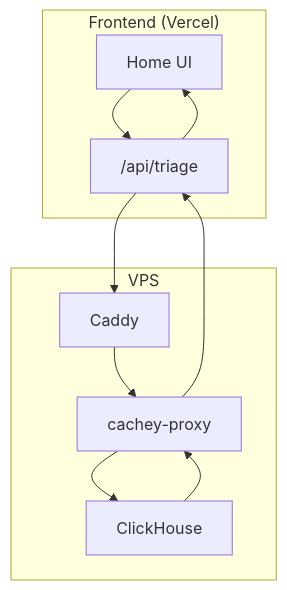
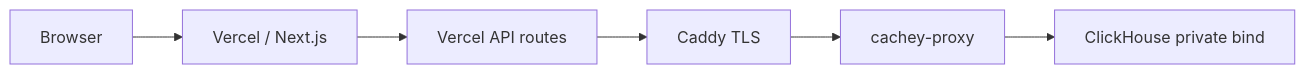
One commit to kganigap-291992/cdn-triage-bot changed the second of 2 diagrams in README.md. Above: the diagram before and after it, drawn with Mermaid. The commit also changed other lines of this file, not shown here.

Commit message:
Redesign Cachey README

````diff
--- a/README.md
+++ b/README.md
@@ -247,21 +102,8 @@
 ```mermaid
-flowchart TD
-  subgraph VERCEL["Frontend (Vercel)"]
-    UI["Home UI"]
-    API["/api/triage"]
-  end
-
-  subgraph VPS["VPS"]
-    CADDY["Caddy"]
-    PROXY["cachey-proxy"]
-    CH["ClickHouse"]
-  end
-
-  UI --> API
-  API --> CADDY
-  CADDY --> PROXY
-  PROXY --> CH
-  CH --> PROXY
-  PROXY --> API
-  API --> UI
+flowchart LR
+  Browser["Browser"] --> Vercel["Vercel / Next.js"]
+  Vercel --> API["Vercel API routes"]
+  API --> Caddy["Caddy TLS"]
+  Caddy --> Proxy["cachey-proxy"]
+  Proxy --> ClickHouse["ClickHouse private bind"]
 ```
````
